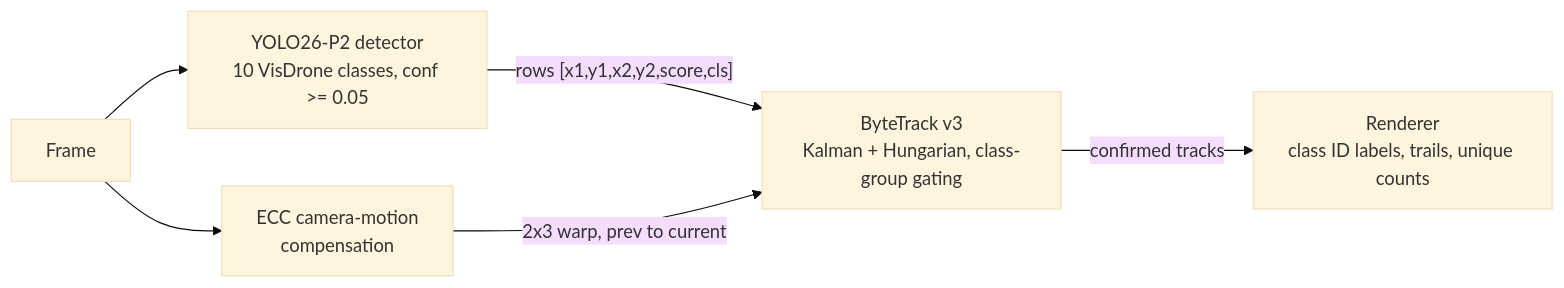
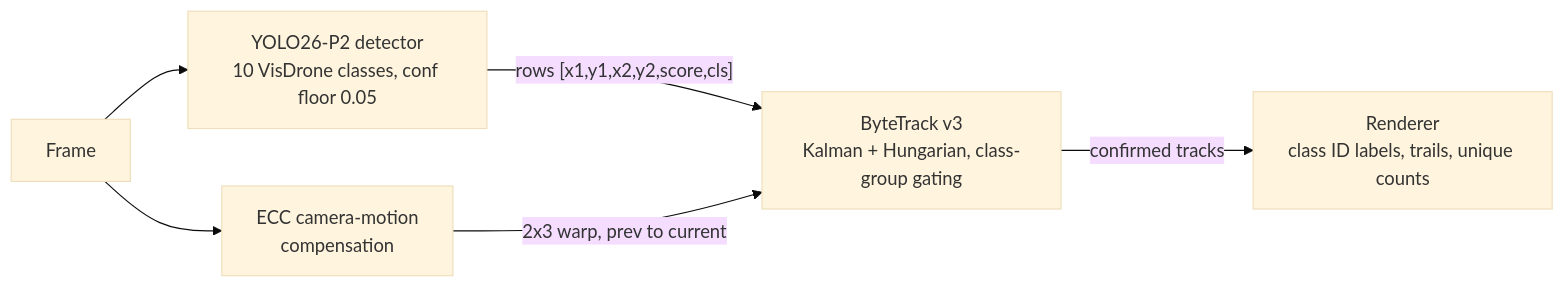
The first of 2 diagrams in docs/ARCHITECTURE.md (Halok600/The-Aerial-Guardian), drawn with Mermaid (base theme) before and after one commit. The commit also changed other lines of this file and 9 other files, not shown here.

First line of the commit message:
Correct the architecture document, harden the browser demo and add the showcase script

````diff
--- a/docs/ARCHITECTURE.md
+++ b/docs/ARCHITECTURE.md
@@ -21,8 +21,8 @@
 ```mermaid
 flowchart LR
-  F[Frame] --> D["YOLO26-P2 detector<br/>10 VisDrone classes, conf >= 0.05"]
+  F[Frame] --> D["YOLO26-P2 detector<br/>10 VisDrone classes, conf floor 0.05"]
   F --> C["ECC camera-motion<br/>compensation"]
   D -->|"rows [x1,y1,x2,y2,score,cls]"| T["ByteTrack v3<br/>Kalman + Hungarian, class-group gating"]
   C -->|"2x3 warp, prev to current"| T
   T -->|confirmed tracks| R["Renderer<br/>class ID labels, trails, unique counts"]
 ```
````
